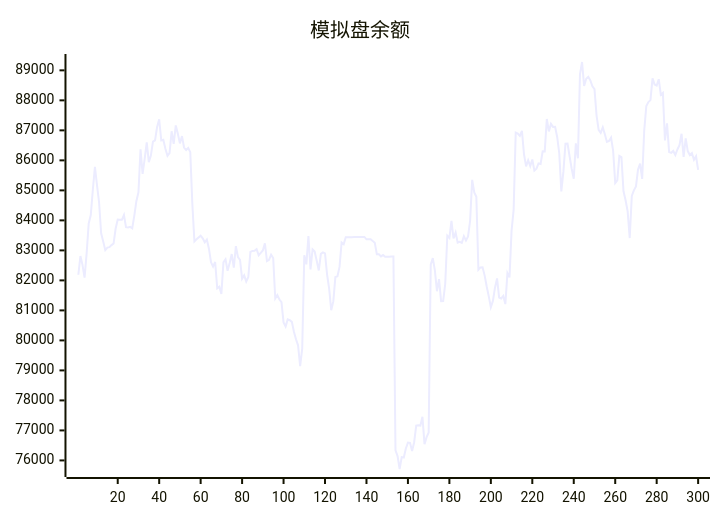
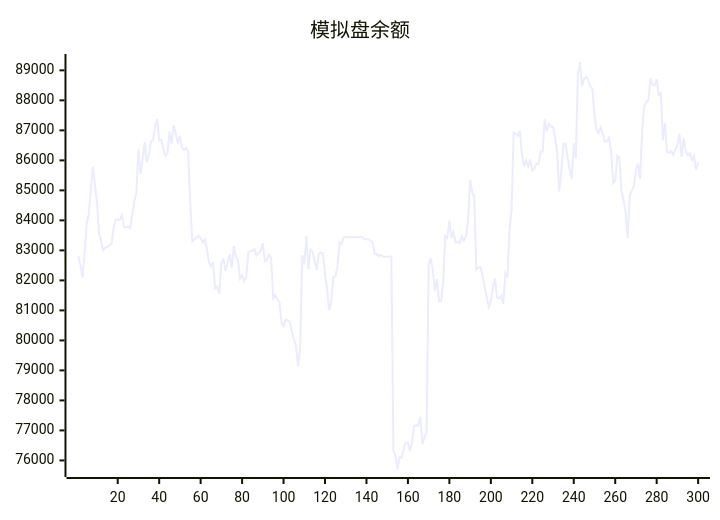
The diagram in README.md (aahl/ai-trading), drawn with Mermaid before and after one commit. The commit also changed other lines of this file and 1 other file, not shown here.

````diff
--- a/README.md
+++ b/README.md
@@ -5,5 +5,5 @@
 ```mermaid
 xychart
     title "模拟盘余额"
-    line [82188,82812,82517,82092,82901,83898,84180,85030,85781,85178,84604,83569,83298,83008,83093,83107,83175,83228,83729,84025,84017,84019,84177,83775,83762,83785,83738,84160,84639,84939,86370,85548,86046,86599,85942,86161,86622,86664,87115,87369,86666,86685,86384,86152,86243,86969,86548,87164,86885,86566,86809,86427,86348,86417,86273,84538,83299,83369,83430,83490,83404,83270,83362,83056,82605,82459,82614,81734,81788,81551,82598,82702,82320,82580,82878,82426,83139,82778,82686,82056,82166,81963,82110,82951,82983,82984,83038,82838,82915,82998,83235,82642,82682,82858,82746,81396,81512,81362,81277,80600,80461,80699,80673,80616,80288,80038,79836,79142,79722,82837,82533,83480,82366,83032,82960,82654,82330,82883,82934,82901,82188,81728,81005,81298,82110,82135,82449,83264,83203,83440,83439,83440,83440,83446,83447,83448,83447,83448,83449,83369,83369,83369,83313,83256,82872,82873,82801,82844,82785,82791,82791,82793,82794,76339,76145,75714,76110,76096,76397,76594,76585,76310,76607,77160,77170,77160,77456,76541,76774,76927,82520,82744,82337,81639,82040,81307,81314,81887,83490,83414,83984,83396,83594,83261,83287,83253,83470,83327,83465,83987,85348,84930,84786,82355,82433,82438,82167,81795,81466,81105,81315,81756,82064,81426,81398,81481,81210,82242,82099,83658,84359,86925,86892,86814,86980,86203,85802,86003,85811,86028,85657,85721,85896,85880,86300,86299,87378,86965,87214,87115,87118,86780,86238,84966,85623,86555,86562,86129,85722,85387,86569,86070,88870,89278,88477,88720,88781,88668,88467,88372,87493,87018,86917,87102,86870,86613,86644,86758,86317,85242,85334,86149,86106,84968,84671,84302,83410,84816,85001,85127,85693,85891,85384,87001,87811,87945,88007,88734,88528,88495,88705,88189,88248,86662,87234,86279,86251,86314,86177,86364,86503,86886,86114,86731,86310,86176,86240,86017,86136,85685]
+    line [82812,82517,82092,82901,83898,84180,85030,85781,85178,84604,83569,83298,83008,83093,83107,83175,83228,83729,84025,84017,84019,84177,83775,83762,83785,83738,84160,84639,84939,86370,85548,86046,86599,85942,86161,86622,86664,87115,87369,86666,86685,86384,86152,86243,86969,86548,87164,86885,86566,86809,86427,86348,86417,86273,84538,83299,83369,83430,83490,83404,83270,83362,83056,82605,82459,82614,81734,81788,81551,82598,82702,82320,82580,82878,82426,83139,82778,82686,82056,82166,81963,82110,82951,82983,82984,83038,82838,82915,82998,83235,82642,82682,82858,82746,81396,81512,81362,81277,80600,80461,80699,80673,80616,80288,80038,79836,79142,79722,82837,82533,83480,82366,83032,82960,82654,82330,82883,82934,82901,82188,81728,81005,81298,82110,82135,82449,83264,83203,83440,83439,83440,83440,83446,83447,83448,83447,83448,83449,83369,83369,83369,83313,83256,82872,82873,82801,82844,82785,82791,82791,82793,82794,76339,76145,75714,76110,76096,76397,76594,76585,76310,76607,77160,77170,77160,77456,76541,76774,76927,82520,82744,82337,81639,82040,81307,81314,81887,83490,83414,83984,83396,83594,83261,83287,83253,83470,83327,83465,83987,85348,84930,84786,82355,82433,82438,82167,81795,81466,81105,81315,81756,82064,81426,81398,81481,81210,82242,82099,83658,84359,86925,86892,86814,86980,86203,85802,86003,85811,86028,85657,85721,85896,85880,86300,86299,87378,86965,87214,87115,87118,86780,86238,84966,85623,86555,86562,86129,85722,85387,86569,86070,88870,89278,88477,88720,88781,88668,88467,88372,87493,87018,86917,87102,86870,86613,86644,86758,86317,85242,85334,86149,86106,84968,84671,84302,83410,84816,85001,85127,85693,85891,85384,87001,87811,87945,88007,88734,88528,88495,88705,88189,88248,86662,87234,86279,86251,86314,86177,86364,86503,86886,86114,86731,86310,86176,86240,86017,86136,85685,85938]
 ```
````
